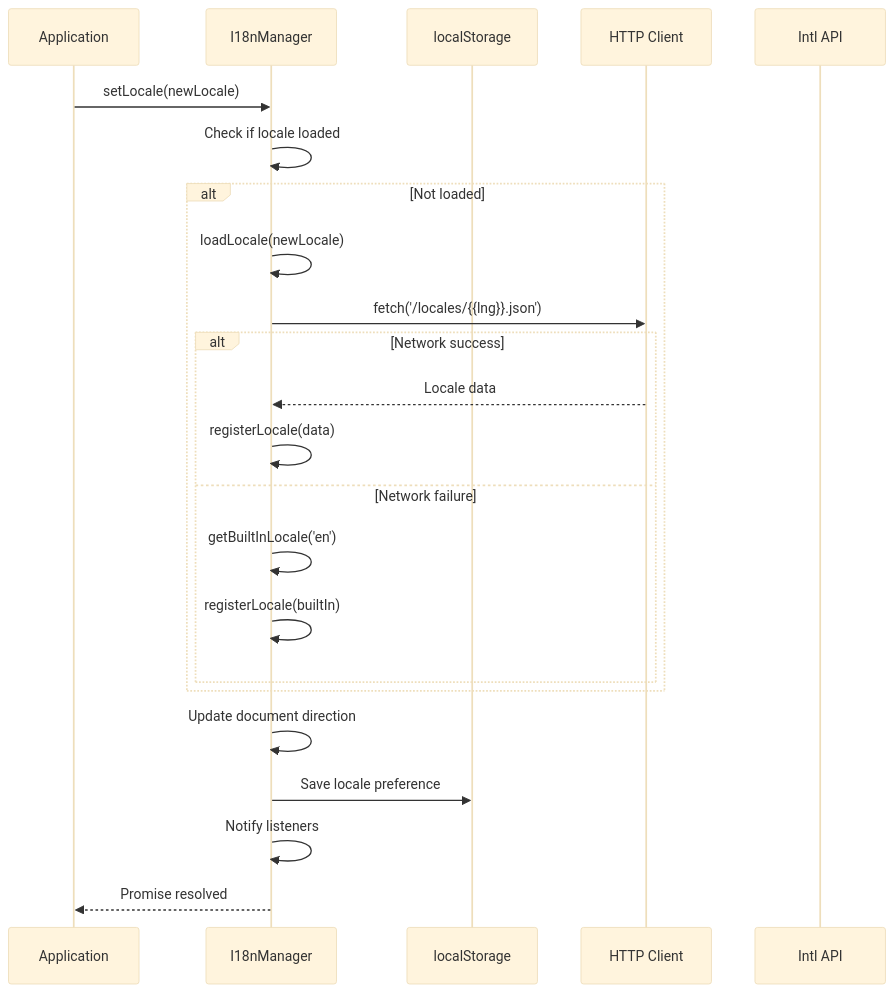
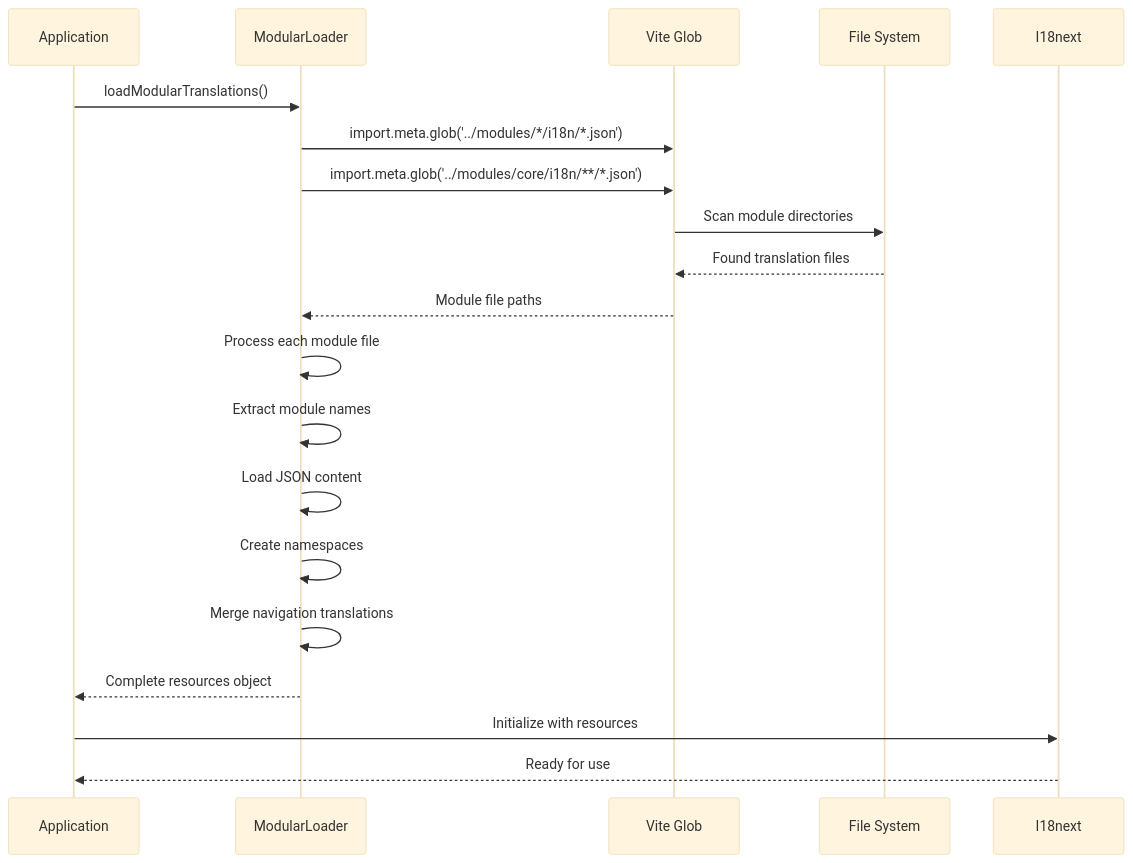
One commit to geniusdynamics/schoolpilot changed the second of 2 diagrams in .qoder/repowiki/en/content/Core Systems/Internationalization (i18n)/Internationalization (i18n).md. Above: the diagram before and after it, drawn with Mermaid (base theme). The commit also changed other lines of this file and 760 other files, not shown here.

````diff
--- a/.qoder/repowiki/en/content/Core Systems/Internationalization (i18n)/Internationalization (i18n).md
+++ b/.qoder/repowiki/en/content/Core Systems/Internationalization (i18n)/Internationalization (i18n).md
@@ -158,25 +143,22 @@
 ```mermaid
 sequenceDiagram
 participant App as Application
-participant Manager as I18nManager
-participant Storage as localStorage
-participant Fetch as HTTP Client
-participant Intl as Intl API
-App->>Manager : setLocale(newLocale)
-Manager->>Manager : Check if locale loaded
-alt Not loaded
-Manager->>Manager : loadLocale(newLocale)
-Manager->>Fetch : fetch('/locales/{{lng}}.json')
-alt Network success
-Fetch-->>Manager : Locale data
-Manager->>Manager : registerLocale(data)
-else Network failure
-Manager->>Manager : getBuiltInLocale('en')
-Manager->>Manager : registerLocale(builtIn)
-end
-end
-Manager->>Manager : Update document direction
-Manager->>Storage : Save locale preference
-Manager->>Manager : Notify listeners
-Manager-->>App : Promise resolved
+participant Loader as ModularLoader
+participant Vite as Vite Glob
+participant FS as File System
+participant I18n as I18next
+App->>Loader : loadModularTranslations()
+Loader->>Vite : import.meta.glob('../modules/*/i18n/*.json')
+Loader->>Vite : import.meta.glob('../modules/core/i18n/**/*.json')
+Vite->>FS : Scan module directories
+FS-->>Vite : Found translation files
+Vite-->>Loader : Module file paths
+Loader->>Loader : Process each module file
+Loader->>Loader : Extract module names
+Loader->>Loader : Load JSON content
+Loader->>Loader : Create namespaces
+Loader->>Loader : Merge navigation translations
+Loader-->>App : Complete resources object
+App->>I18n : Initialize with resources
+I18n-->>App : Ready for use
 ```
````
